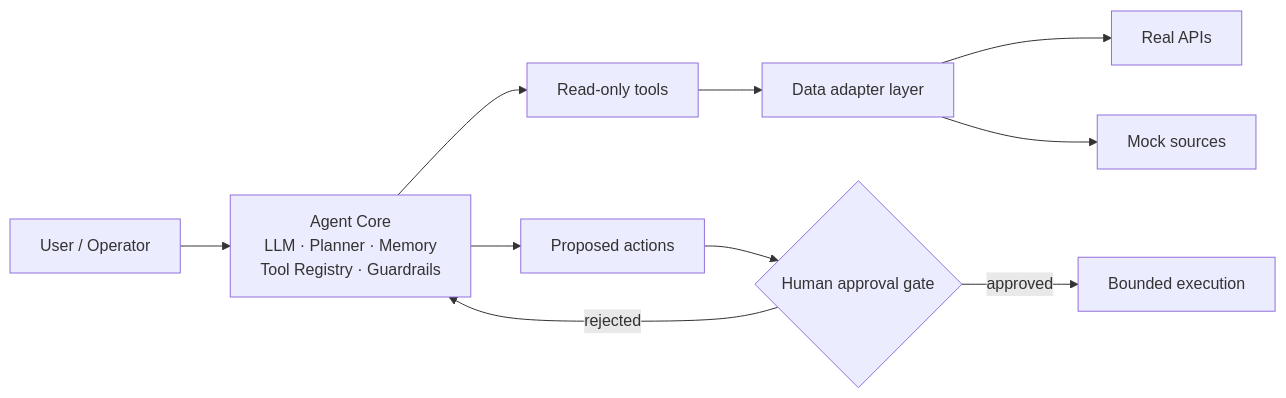
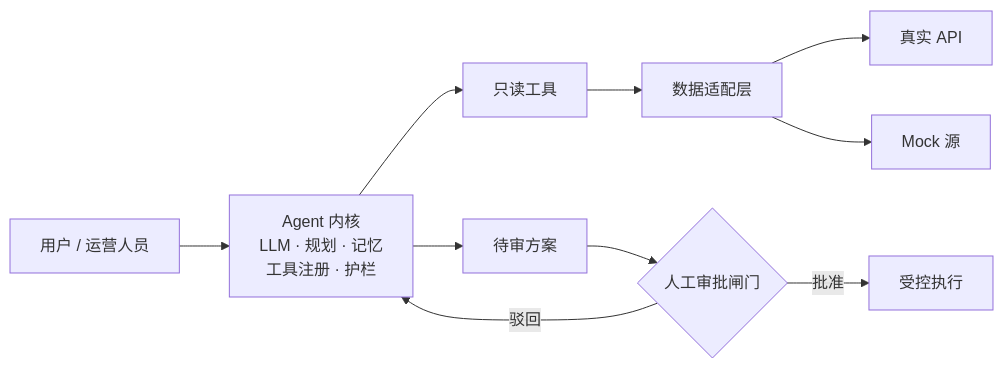
One commit to Keith-hq/Keith-hq changed the diagram in README.md. Above: the diagram before and after it, drawn with Mermaid. The commit also changed other lines of this file, not shown here.

Commit message:
docs(readme): 改写为中文开源风格（渐变头图 + 徽章墙）

````diff
--- a/README.md
+++ b/README.md
@@ -167,12 +190,12 @@
 ```mermaid
 flowchart LR
-    U[User / Operator] --> A[Agent Core<br/>LLM · Planner · Memory<br/>Tool Registry · Guardrails]
-    A --> T[Read-only tools]
-    T --> D[Data adapter layer]
-    D --> R[Real APIs]
-    D --> M[Mock sources]
-    A --> P[Proposed actions]
-    P --> H{Human approval gate}
-    H -->|approved| X[Bounded execution]
-    H -->|rejected| A
+    U[用户 / 运营人员] --> A[Agent 内核<br/>LLM · 规划 · 记忆<br/>工具注册 · 护栏]
+    A --> T[只读工具]
+    T --> D[数据适配层]
+    D --> R[真实 API]
+    D --> M[Mock 源]
+    A --> P[待审方案]
+    P --> H{人工审批闸门}
+    H -->|批准| X[受控执行]
+    H -->|驳回| A
 ```
````
